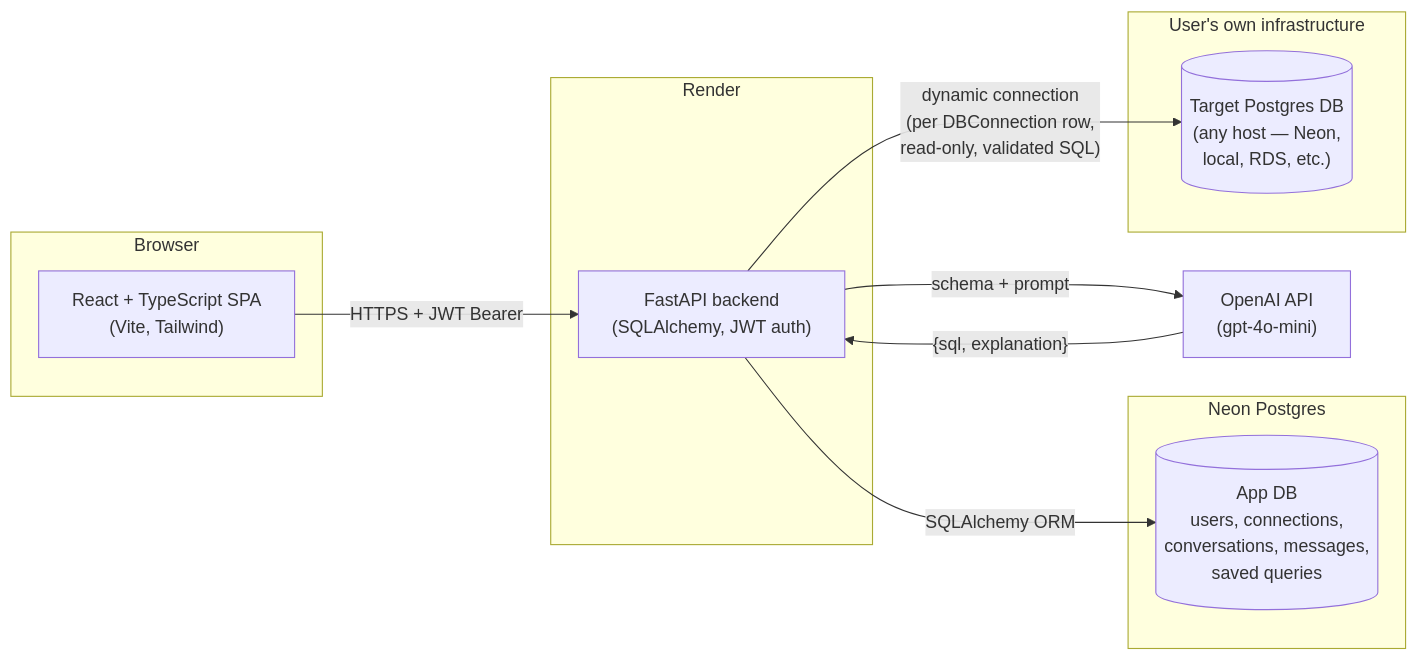
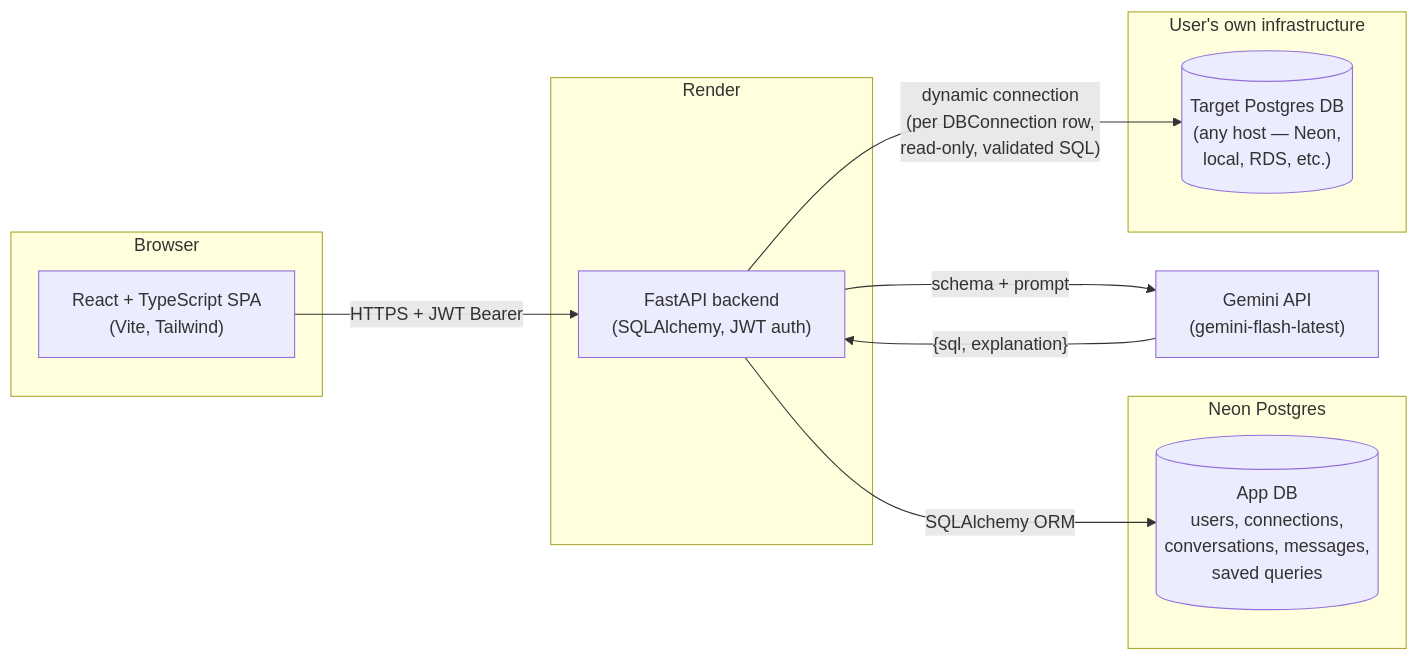
The diagram in docs/ARCHITECTURE.md (yamiamit/AISqlAssistant), drawn with Mermaid before and after one commit. The commit also changed other lines of this file and 5 other files, not shown here.

Commit message:
auto-migrate schema on startup, fix prompt history

````diff
--- a/docs/ARCHITECTURE.md
+++ b/docs/ARCHITECTURE.md
@@ -5,26 +5,26 @@
 ```mermaid
 flowchart LR
     subgraph Client["Browser"]
         FE["React + TypeScript SPA<br/>(Vite, Tailwind)"]
     end
 
     subgraph Render["Render"]
         API["FastAPI backend<br/>(SQLAlchemy, JWT auth)"]
     end
 
     subgraph Neon["Neon Postgres"]
         AppDB[("App DB<br/>users, connections,<br/>conversations, messages,<br/>saved queries")]
     end
 
     subgraph UserInfra["User's own infrastructure"]
         TargetDB[("Target Postgres DB<br/>(any host — Neon,<br/>local, RDS, etc.)")]
     end
 
-    OpenAI["OpenAI API<br/>(gpt-4o-mini)"]
+    Gemini["Gemini API<br/>(gemini-flash-latest)"]
 
     FE -- "HTTPS + JWT Bearer" --> API
     API -- "SQLAlchemy ORM" --> AppDB
     API -- "dynamic connection<br/>(per DBConnection row,<br/>read-only, validated SQL)" --> TargetDB
-    API -- "schema + prompt" --> OpenAI
-    OpenAI -- "{sql, explanation}" --> API
+    API -- "schema + prompt" --> Gemini
+    Gemini -- "{sql, explanation}" --> API
 ```
````
